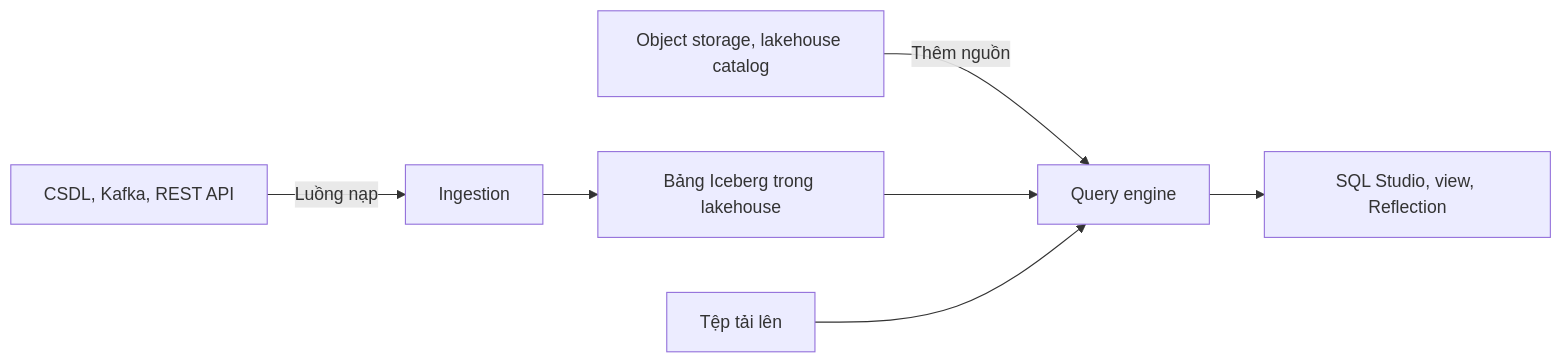
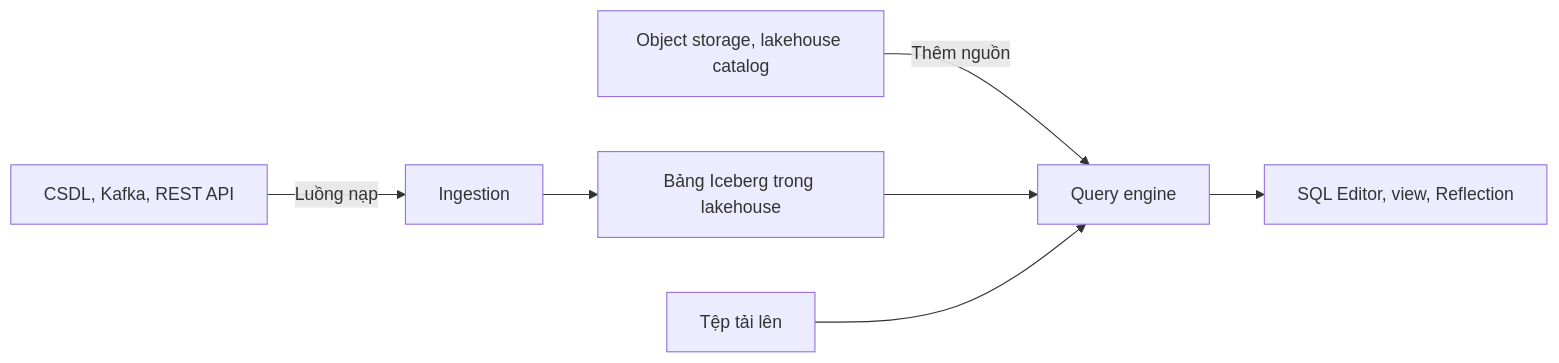
Before and after one commit to trangtoan293/hanas-doc: the diagram in docs/connect/index.md, drawn with Mermaid. The commit also changed other lines of this file and 144 other files, not shown here.

First line of the commit message:
docs: verify UI labels, add CI and architecture diagrams

````diff
--- a/docs/connect/index.md
+++ b/docs/connect/index.md
@@ -22,9 +22,9 @@
 ```mermaid
 flowchart LR
   A["Object storage, lakehouse catalog"] -->|"Thêm nguồn"| Q["Query engine"]
   B["CSDL, Kafka, REST API"] -->|"Luồng nạp"| I["Ingestion"]
   I --> L["Bảng Iceberg trong lakehouse"]
   L --> Q
   U["Tệp tải lên"] --> Q
-  Q --> S["SQL Studio, view, Reflection"]
+  Q --> S["SQL Editor, view, Reflection"]
 ```
````
